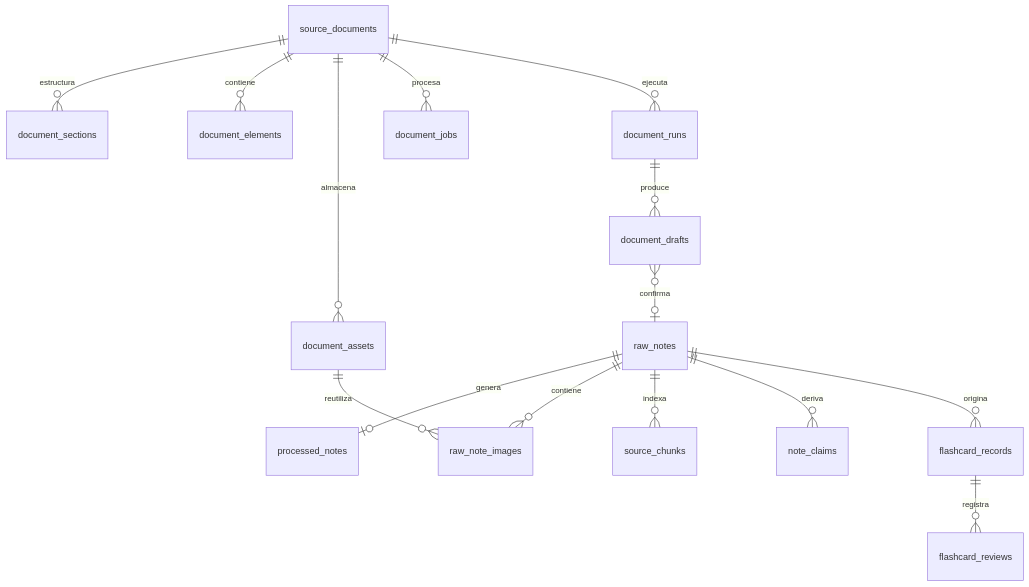
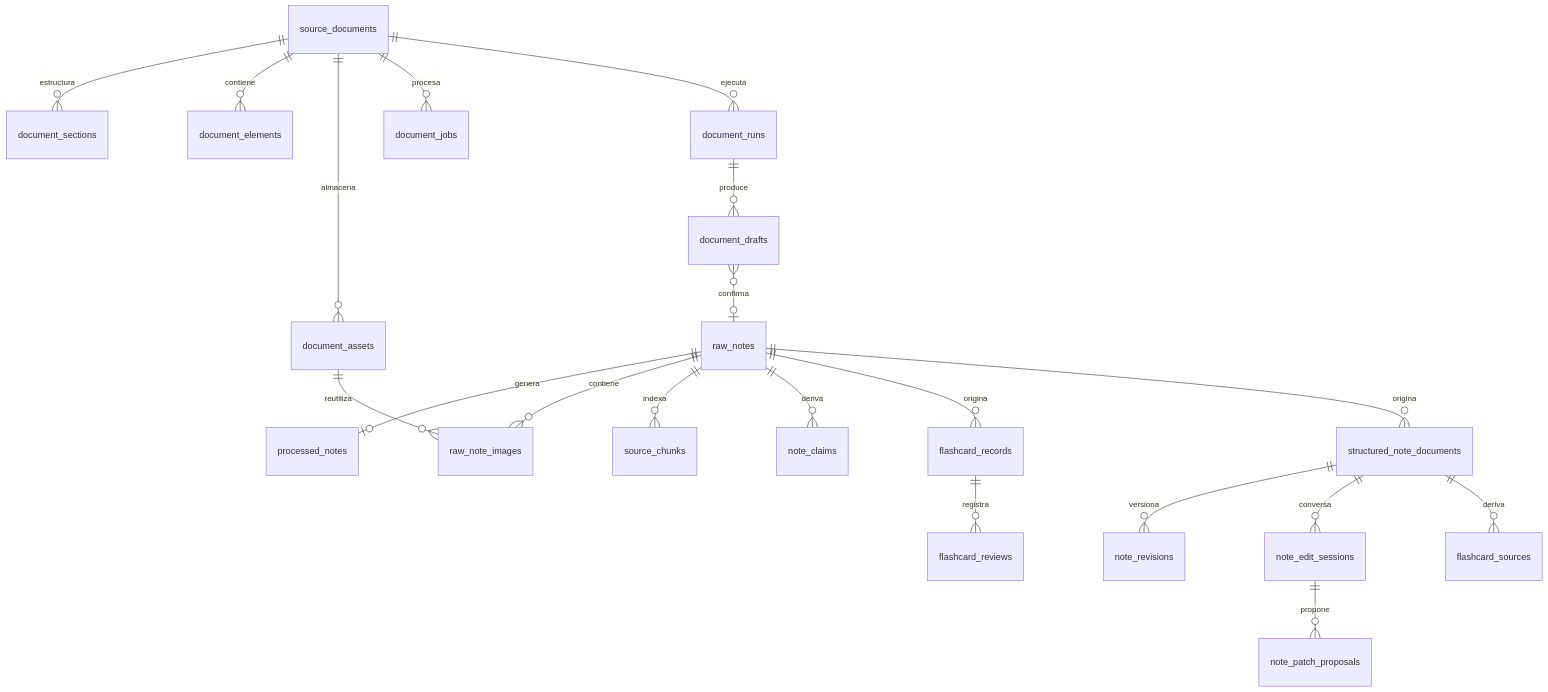
One commit to JamesKristofUbiarco/Concat-notes changed the diagram in db/README.md. Above: the diagram before and after it, drawn with Mermaid. The commit also changed other lines of this file and 35 other files, not shown here.

````diff
--- a/db/README.md
+++ b/db/README.md
@@ -33,17 +37,22 @@
 ```mermaid
 erDiagram
     raw_notes ||--o| processed_notes : genera
     raw_notes ||--o{ raw_note_images : contiene
     raw_notes ||--o{ source_chunks : indexa
     raw_notes ||--o{ note_claims : deriva
     raw_notes ||--o{ flashcard_records : origina
     flashcard_records ||--o{ flashcard_reviews : registra
     source_documents ||--o{ document_sections : estructura
     source_documents ||--o{ document_elements : contiene
     source_documents ||--o{ document_assets : almacena
     source_documents ||--o{ document_jobs : procesa
     source_documents ||--o{ document_runs : ejecuta
     document_runs ||--o{ document_drafts : produce
     document_drafts }o--o| raw_notes : confirma
     document_assets ||--o{ raw_note_images : reutiliza
+    raw_notes ||--o{ structured_note_documents : origina
+    structured_note_documents ||--o{ note_revisions : versiona
+    structured_note_documents ||--o{ note_edit_sessions : conversa
+    note_edit_sessions ||--o{ note_patch_proposals : propone
+    structured_note_documents ||--o{ flashcard_sources : deriva
 ```
````
